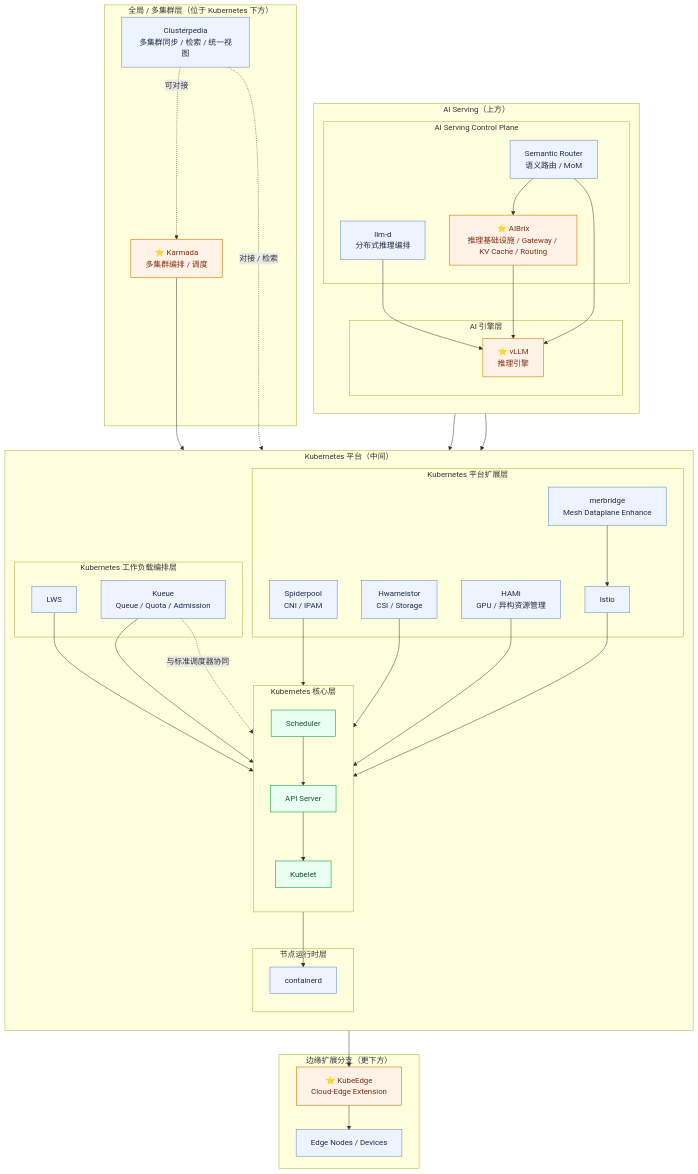
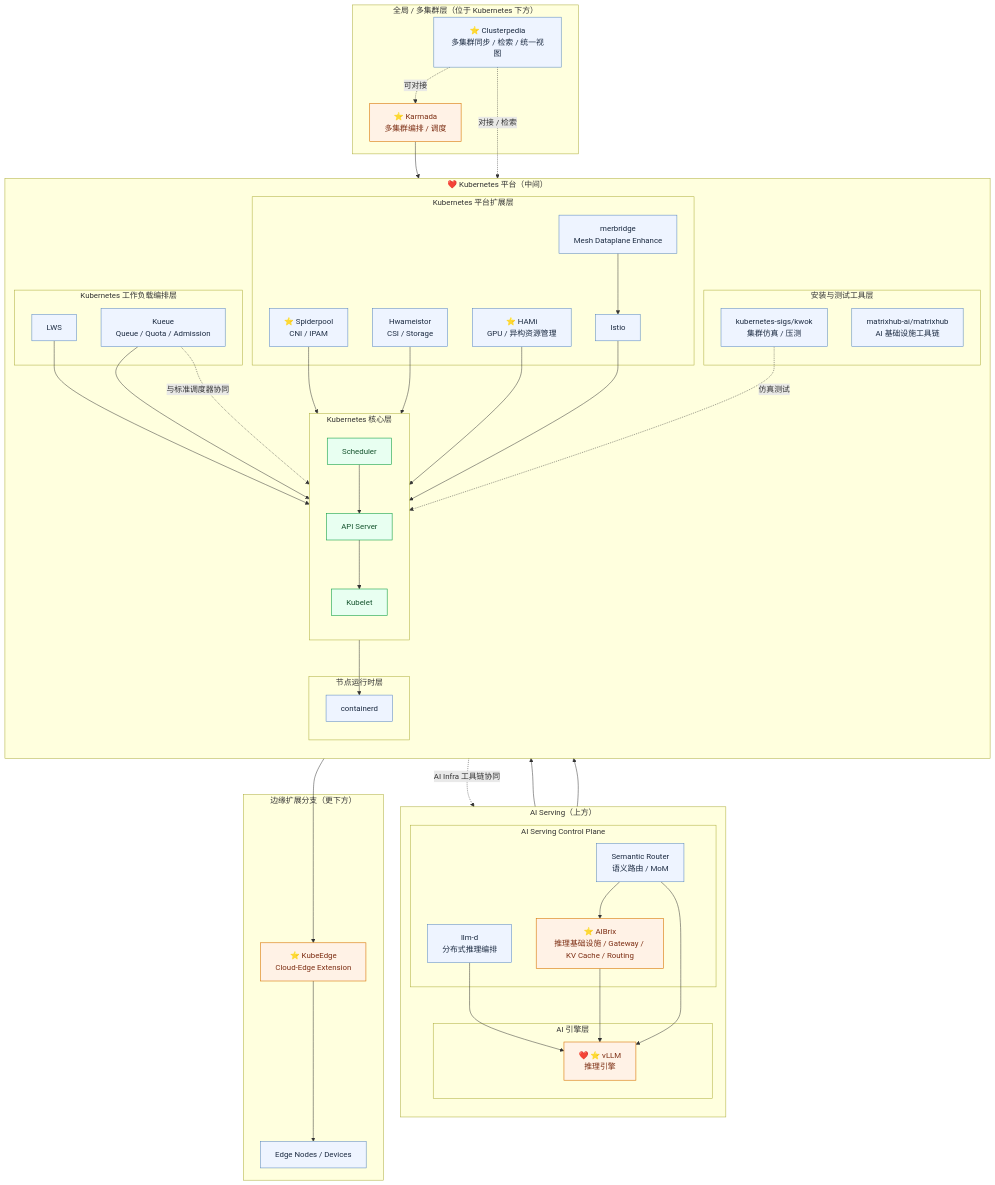
The diagram in case-study/daocloud.md (pacoxu/AI-Infra), drawn with Mermaid before and after one commit. The commit also changed other lines of this file, not shown here.

Commit message:
docs(case-study): update daocloud landscape marks and tooling nodes

````diff
--- a/case-study/daocloud.md
+++ b/case-study/daocloud.md
@@ -28,11 +28,11 @@
     end
 
     subgraph ENGINE["AI 引擎层"]
-      VLLM["⭐ vLLM<br/>推理引擎"]
+      VLLM["❤️ ⭐ vLLM<br/>推理引擎"]
     end
   end
 
-  subgraph MID["Kubernetes 平台（中间）"]
+  subgraph MID["❤️ Kubernetes 平台（中间）"]
     direction TB
     subgraph ORCH["Kubernetes 工作负载编排层"]
       LWS["LWS"]
@@ -40,10 +40,10 @@
     end
 
     subgraph EXT["Kubernetes 平台扩展层"]
-      SP["Spiderpool<br/>CNI / IPAM"]
+      SP["⭐ Spiderpool<br/>CNI / IPAM"]
       HW["Hwameistor<br/>CSI / Storage"]
       MB["merbridge<br/>Mesh Dataplane Enhance"]
-      HAMI["HAMi<br/>GPU / 异构资源管理"]
+      HAMI["⭐ HAMi<br/>GPU / 异构资源管理"]
       ISTIO["Istio"]
     end
 
@@ -57,11 +57,16 @@
     subgraph NODE["节点运行时层"]
       CTD["containerd"]
     end
+
+    subgraph TOOL["安装与测试工具层"]
+      KWOK["kubernetes-sigs/kwok<br/>集群仿真 / 压测"]
+      MXH["matrixhub-ai/matrixhub<br/>AI 基础设施工具链"]
+    end
   end
 
   subgraph GLOBAL["全局 / 多集群层（位于 Kubernetes 下方）"]
     KAR["⭐ Karmada<br/>多集群编排 / 调度"]
-    CP["Clusterpedia<br/>多集群同步 / 检索 / 统一视图"]
+    CP["⭐ Clusterpedia<br/>多集群同步 / 检索 / 统一视图"]
   end
 
   subgraph EDGE["边缘扩展分支（更下方）"]
@@ -99,6 +104,10 @@
   APIS --> KLET
   KLET --> CTD
 
+  %% Tooling
+  KWOK -. 仿真测试 .-> APIS
+  MXH -. AI Infra 工具链协同 .-> AIB
+
   %% Edge
   APIS --> KE
   KE --> EN
@@ -108,6 +117,6 @@
   classDef core fill:#e8fff1,stroke:#16a34a,color:#14532d,stroke-width:1.2px;
 
   class KAR,AIB,VLLM,KE top;
-  class CP,LLMD,SR,LWS,KUEUE,SP,HW,MB,HAMI,ISTIO,CTD,EN mid;
+  class CP,LLMD,SR,LWS,KUEUE,SP,HW,MB,HAMI,ISTIO,CTD,KWOK,MXH,EN mid;
   class APIS,SCH,KLET core;
 ```
````
